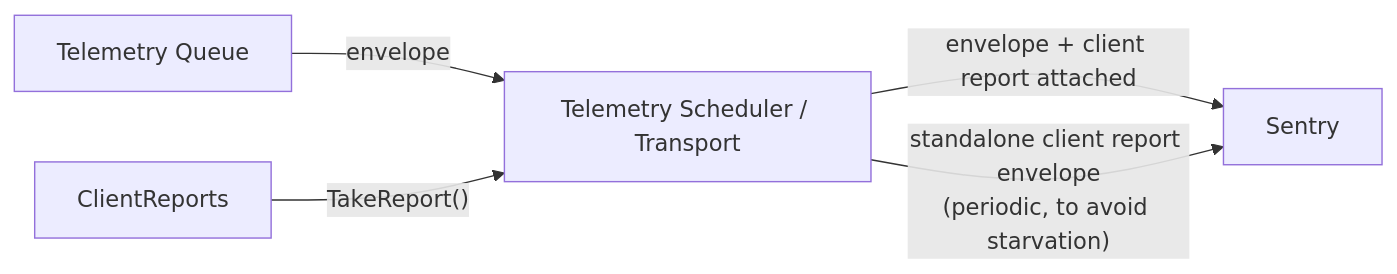
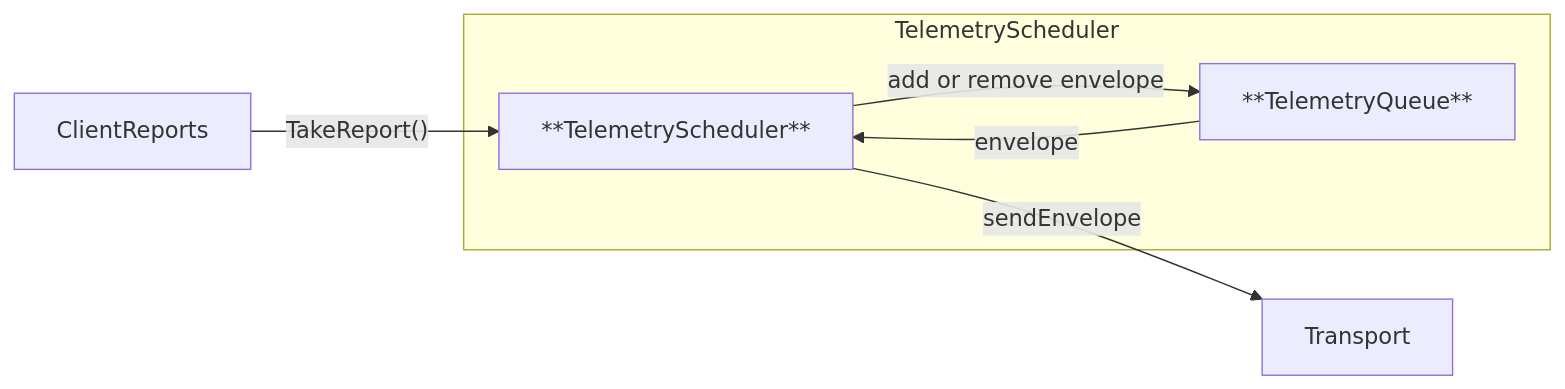
The fourth of 5 diagrams in develop-docs/sdk/foundations/processing/telemetry-processor/index.mdx (getsentry/sentry-docs), drawn with Mermaid before and after one commit. The commit also changed other lines of this file and 1 other file, not shown here.

Commit message:
review changes

````diff
--- a/develop-docs/sdk/foundations/processing/telemetry-processor/index.mdx
+++ b/develop-docs/sdk/foundations/processing/telemetry-processor/index.mdx
@@ -186,11 +188,16 @@
 ```mermaid
 flowchart LR
   ClientReports["ClientReports"]
-  TelemetryQueue["Telemetry Queue"]
-  Sender["Telemetry Scheduler / Transport"]
 
-  TelemetryQueue -- "envelope" --> Sender
-  ClientReports -- "TakeReport()" --> Sender
-  Sender -- "envelope + client report attached" --> Sentry
-  Sender -- "standalone client report envelope\n(periodic, to avoid starvation)" --> Sentry
+  subgraph TelemetrySchedulerSubGraph["TelemetryScheduler"]
+    TelemetryQueue["**TelemetryQueue**"]
+    TelemetryScheduler["**TelemetryScheduler**"]
+    TelemetryQueue -- "envelope" --> TelemetryScheduler
+    TelemetryScheduler -- "add or remove envelope" --> TelemetryQueue
+  end
+
+  Transport["Transport"]
+
+  ClientReports -- "TakeReport()" --> TelemetryScheduler
+  TelemetryScheduler -- "sendEnvelope" --> Transport
 ```
````
